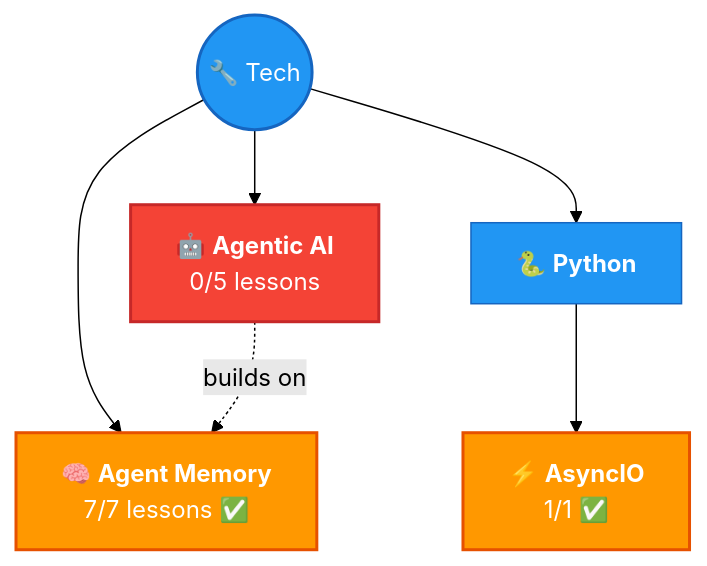
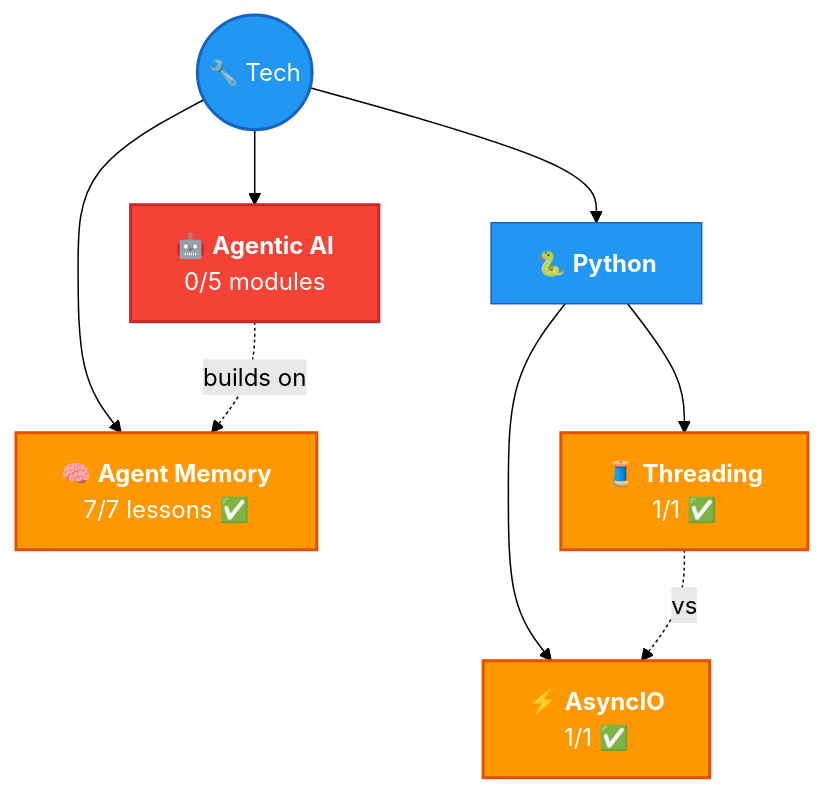
The diagram in tech/README.md (AyushSonuu/my-memory), drawn with Mermaid (forest theme) before and after one commit. The commit also changed other lines of this file and 12 other files, not shown here.

````diff
--- a/tech/README.md
+++ b/tech/README.md
@@ -5,15 +5,18 @@
 ```mermaid
 graph TB
     T(("🔧 Tech"))
-    T --> AG["🤖 <b>Agentic AI</b><br/>0/5 lessons"]
+    T --> AG["🤖 <b>Agentic AI</b><br/>0/5 modules"]
     T --> AM["🧠 <b>Agent Memory</b><br/>7/7 lessons ✅"]
     T --> PY["🐍 <b>Python</b>"]
     PY --> AIO["⚡ <b>AsyncIO</b><br/>1/1 ✅"]
+    PY --> THR["🧵 <b>Threading</b><br/>1/1 ✅"]
     AG -.->|"builds on"| AM
+    THR -.->|"vs"| AIO
 
     style T fill:#2196f3,color:#fff,stroke:#1565c0,stroke-width:2px
     style AG fill:#f44336,color:#fff,stroke:#c62828,stroke-width:2px
     style AM fill:#ff9800,color:#fff,stroke:#e65100,stroke-width:2px
     style PY fill:#2196f3,color:#fff,stroke:#1565c0
     style AIO fill:#ff9800,color:#fff,stroke:#e65100,stroke-width:2px
+    style THR fill:#ff9800,color:#fff,stroke:#e65100,stroke-width:2px
 ```
````
